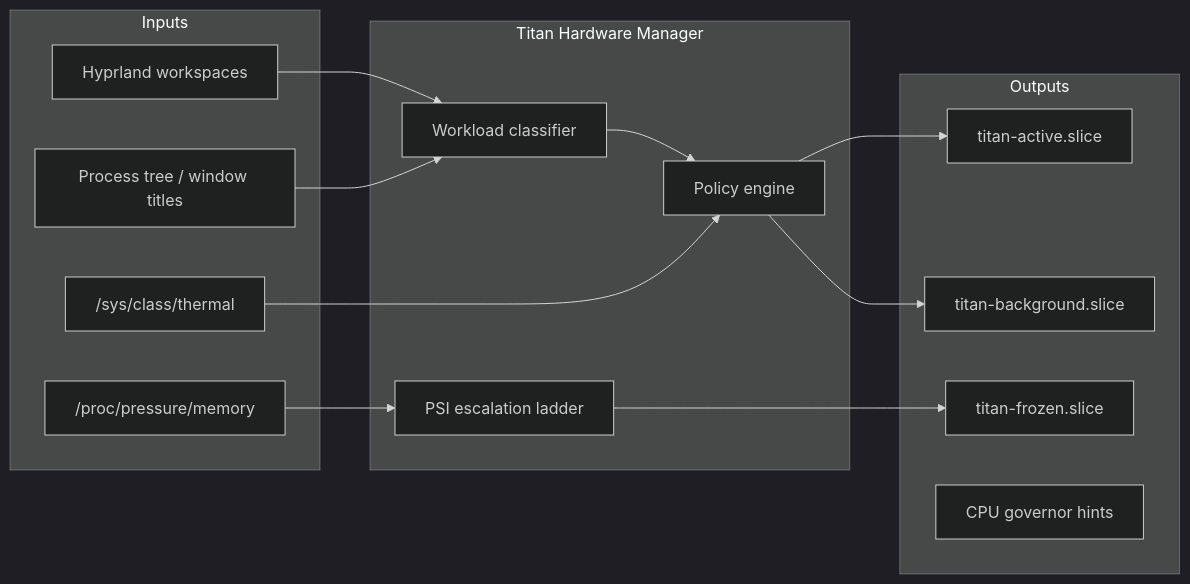
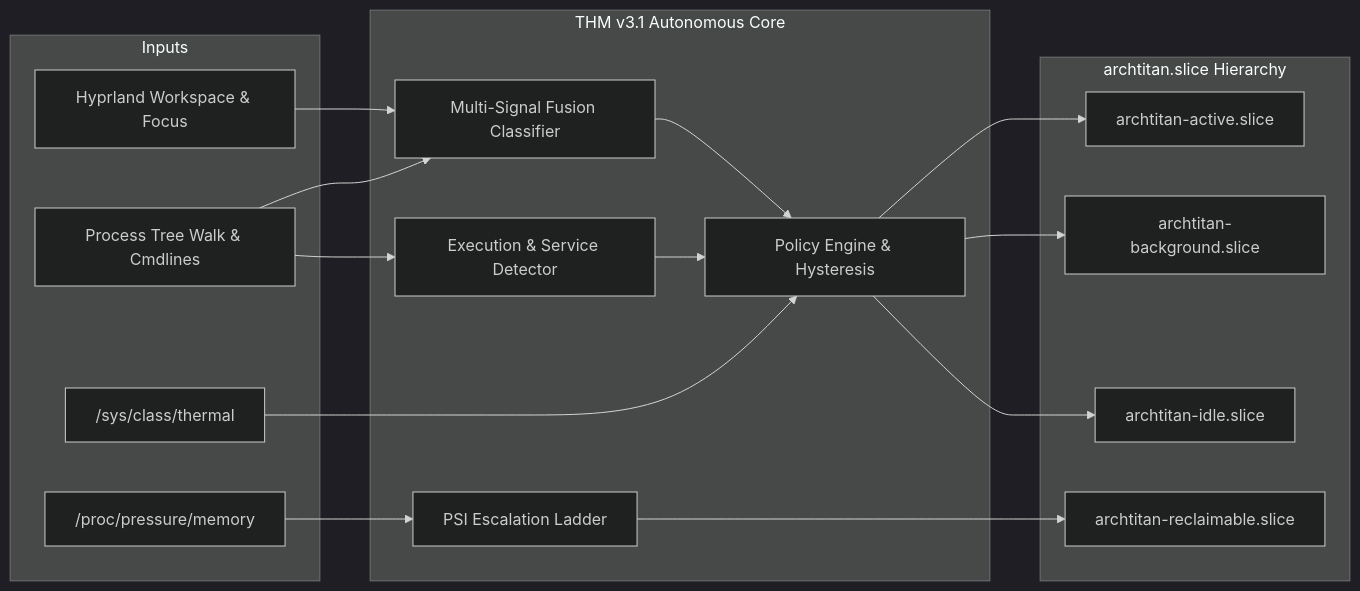
The third of 4 diagrams in wiki/Architecture.md (GitGuru29/archtitan-os), drawn with Mermaid (dark theme) before and after one commit. The commit also changed other lines of this file and 2 other files, not shown here.

Commit message:
docs(wiki): sync wiki with THM v3.1 architecture and resilience matrix

````diff
--- a/wiki/Architecture.md
+++ b/wiki/Architecture.md
@@ -98,31 +98,35 @@
 ```mermaid
 flowchart LR
     subgraph Inputs
-        WS[Hyprland workspaces]
-        PROC[Process tree / window titles]
+        WS[Hyprland Workspace & Focus]
+        PROC[Process Tree Walk & Cmdlines]
         PSI["/proc/pressure/memory"]
         TH["/sys/class/thermal"]
     end
 
-    subgraph THM["Titan Hardware Manager"]
-        CLS[Workload classifier]
-        POL[Policy engine]
-        ESC[PSI escalation ladder]
+    subgraph THM["THM v3.1 Autonomous Core"]
+        CLS[Multi-Signal Fusion Classifier]
+        DET[Execution & Service Detector]
+        POL[Policy Engine & Hysteresis]
+        ESC[PSI Escalation Ladder]
     end
 
-    subgraph Outputs
-        SL[titan-active.slice]
-        BG[titan-background.slice]
-        FR[titan-frozen.slice]
-        GOV[CPU governor hints]
+    subgraph Slices["archtitan.slice Hierarchy"]
+        ACT[archtitan-active.slice]
+        BG[archtitan-background.slice]
+        IDLE[archtitan-idle.slice]
+        REC[archtitan-reclaimable.slice]
     end
 
     WS --> CLS
     PROC --> CLS
+    PROC --> DET
     CLS --> POL
+    DET --> POL
     PSI --> ESC
-    POL --> SL
+    POL --> ACT
     POL --> BG
-    ESC --> FR
+    POL --> IDLE
+    ESC --> REC
     TH --> POL
 ```
````
